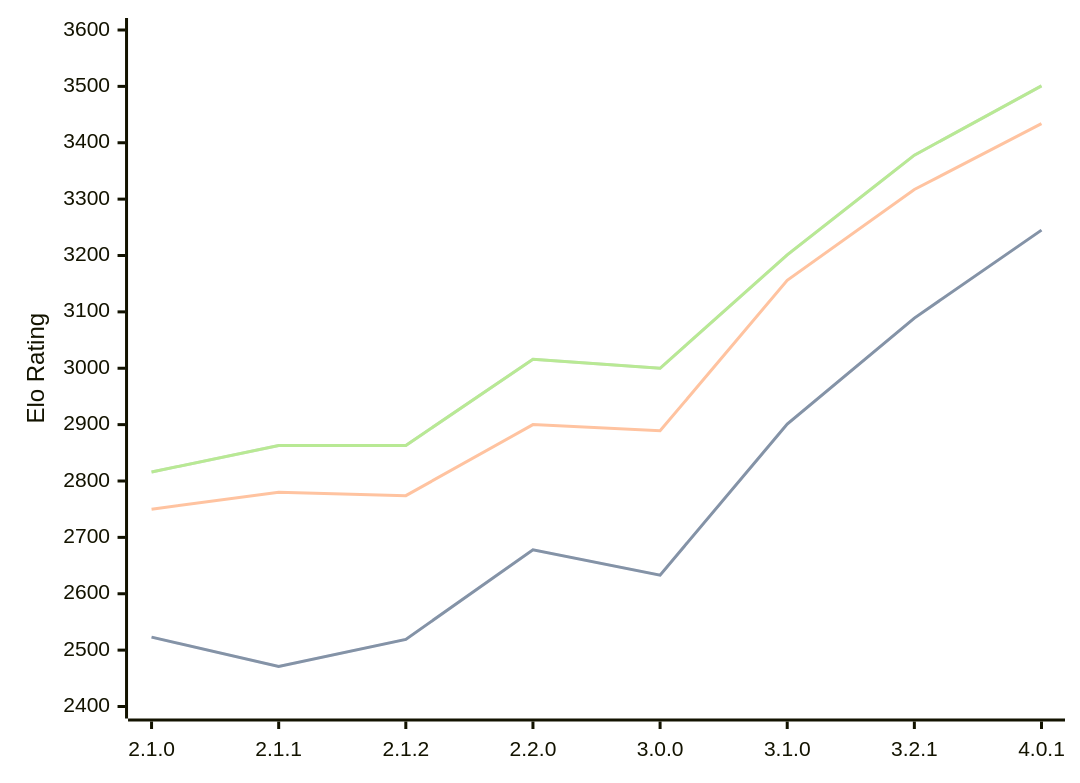
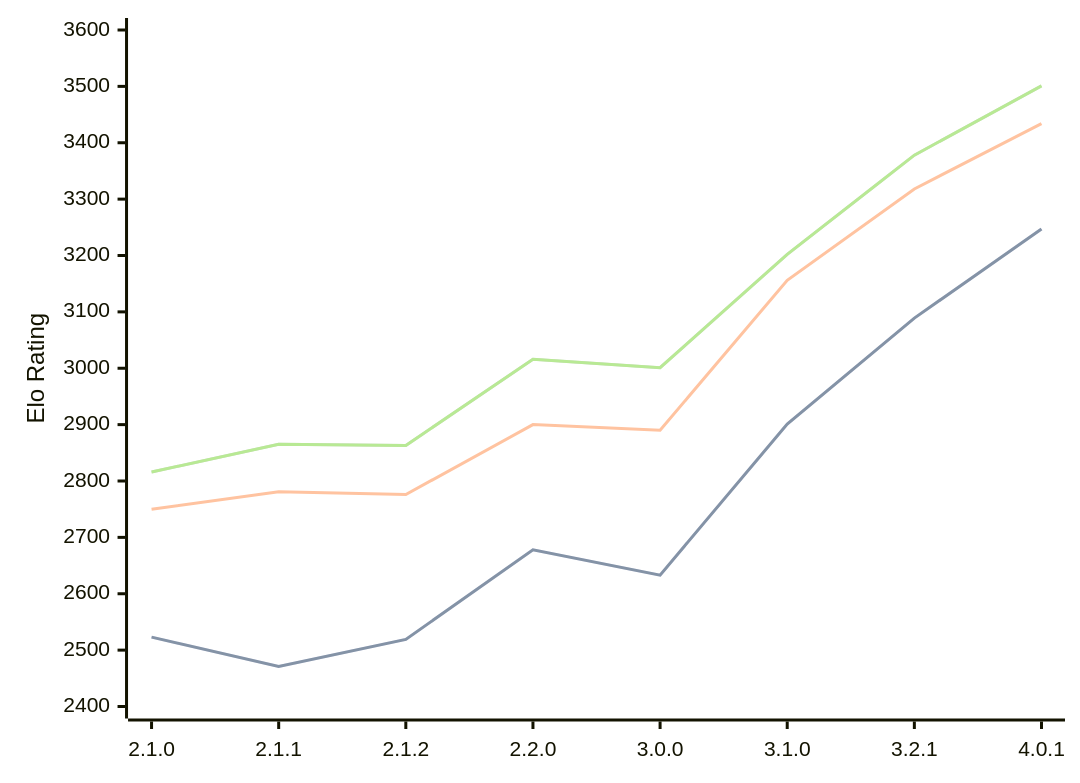
The diagram in engines/Prune.md (computer-chess-index/cci), drawn with Mermaid before and after one commit. The commit also changed other lines of this file, not shown here.

Commit message:
Update CCI Ratings (ELO VLTC) - 2026-08-19

````diff
--- a/engines/Prune.md
+++ b/engines/Prune.md
@@ -40,11 +40,11 @@
 ```mermaid
 %%{init: {"theme":"base","themeVariables":{"seriesColors:['#a3a3a3','#222221','#faa371']}}}%%
 xychart-beta
   x-axis ["2.1.0", "2.1.1", "2.1.2", "2.2.0", "3.0.0", "3.1.0", "3.2.1", "4.0.1"]
   y-axis "Elo Rating" 2400 --> 3600
-  line "STC (8.0+0.08s)" [2523, 2471, 2519, 2678, 2633, 2901, 3089, 3245]
-  line "STC (8.0+0.08s)" [2523, 2471, 2519, 2678, 2633, 2901, 3089, 3245]
-  line "LTC (60.0+0.60s)" [2750, 2780, 2774, 2900, 2889, 3156, 3317, 3434]
-  line "VLTC (2m24s+1.12s)" [2816, 2863, 2863, 3016, 3000, 3201, 3378, 3501]
-  line "VLTC (2m24s+1.12s)" [2816, 2863, 2863, 3016, 3000, 3201, 3378, 3501]
+  line "STC (8.0+0.08s)" [2523, 2471, 2519, 2678, 2633, 2901, 3089, 3247]
+  line "STC (8.0+0.08s)" [2523, 2471, 2519, 2678, 2633, 2901, 3089, 3247]
+  line "LTC (60.0+0.60s)" [2750, 2781, 2776, 2900, 2890, 3156, 3318, 3434]
+  line "VLTC (2m24s+1.12s)" [2816, 2865, 2863, 3016, 3001, 3202, 3378, 3501]
+  line "VLTC (2m24s+1.12s)" [2816, 2865, 2863, 3016, 3001, 3202, 3378, 3501]
 ```
````
